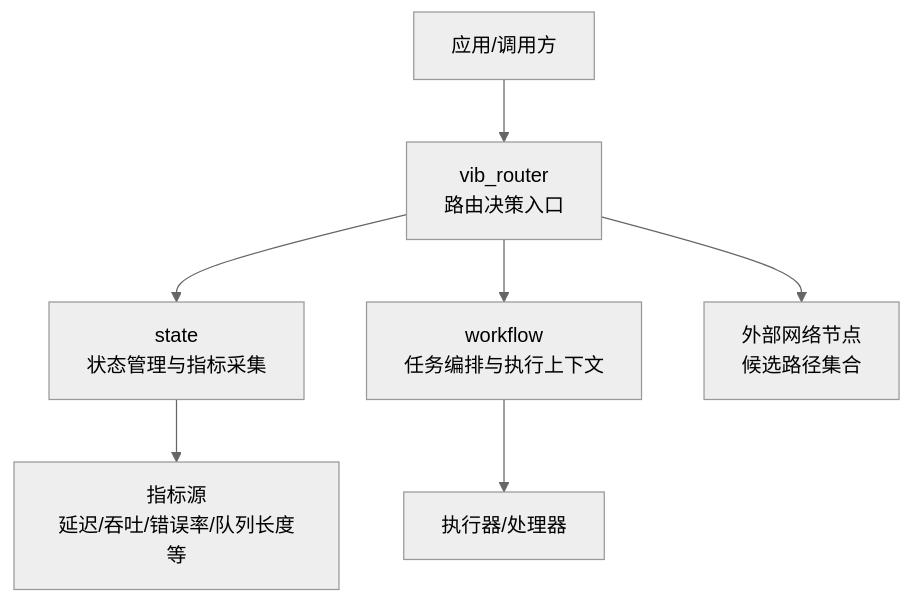
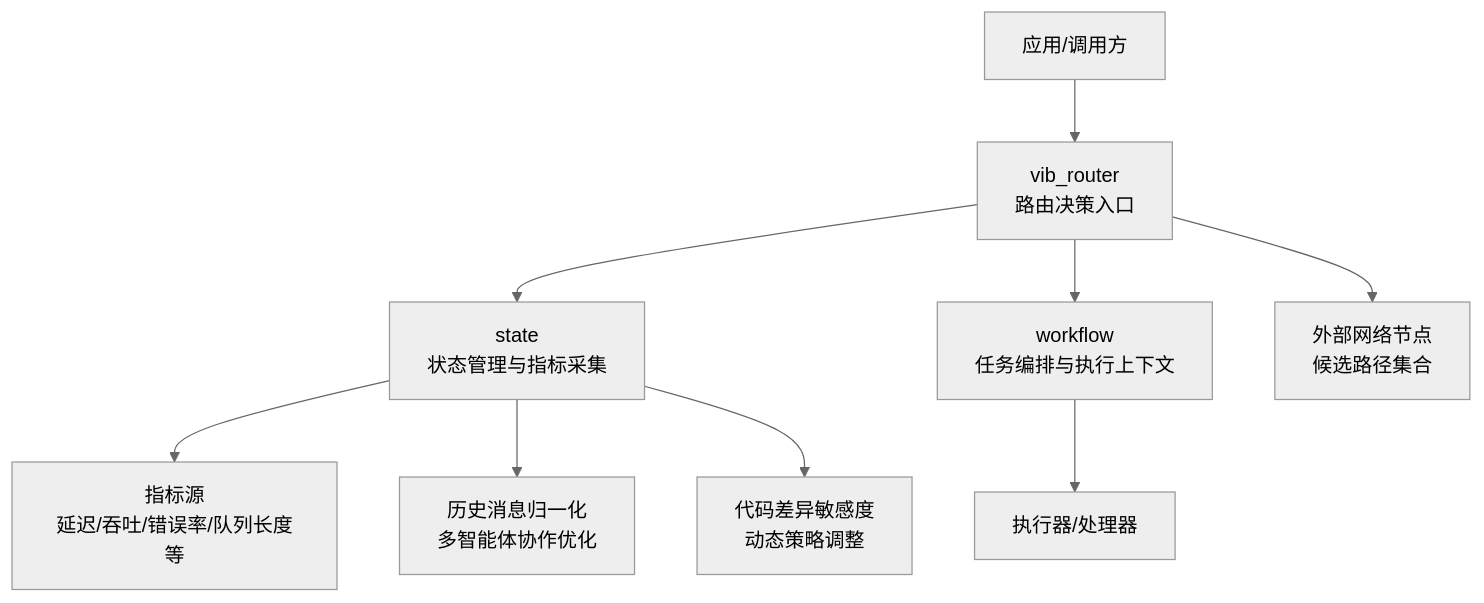
Before and after one commit to QuStarry/VIB-SparseCommunication: the first of 6 diagrams in .qoder/repowiki/zh/content/VIB稀疏通信核心/路由决策机制.md, drawn with Mermaid (neutral theme). The commit also changed other lines of this file and 31 other files, not shown here.

````diff
--- a/.qoder/repowiki/zh/content/VIB稀疏通信核心/路由决策机制.md
+++ b/.qoder/repowiki/zh/content/VIB稀疏通信核心/路由决策机制.md
@@ -41,9 +50,11 @@
 ```mermaid
 graph TB
 A["应用/调用方"] --> B["vib_router<br/>路由决策入口"]
 B --> C["state<br/>状态管理与指标采集"]
 B --> D["workflow<br/>任务编排与执行上下文"]
 B --> E["外部网络节点<br/>候选路径集合"]
 C --> F["指标源<br/>延迟/吞吐/错误率/队列长度等"]
 D --> G["执行器/处理器"]
+C --> H["历史消息归一化<br/>多智能体协作优化"]
+C --> I["代码差异敏感度<br/>动态策略调整"]
 ```
````
